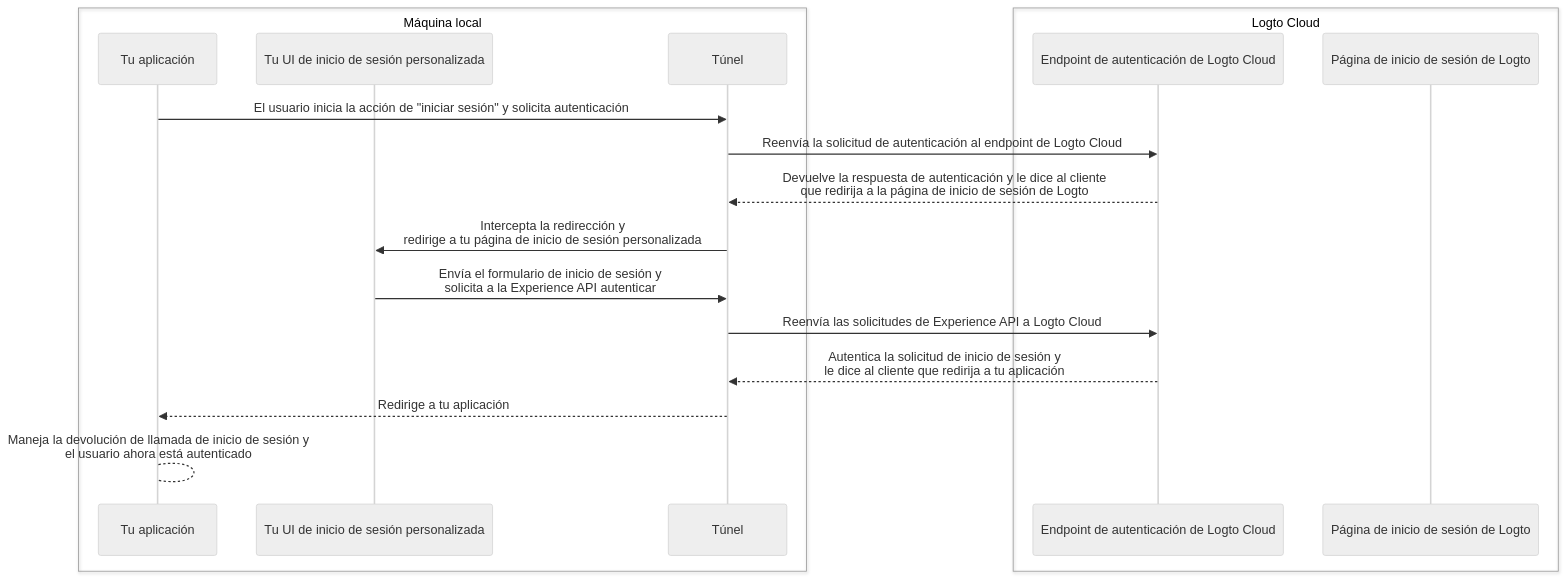
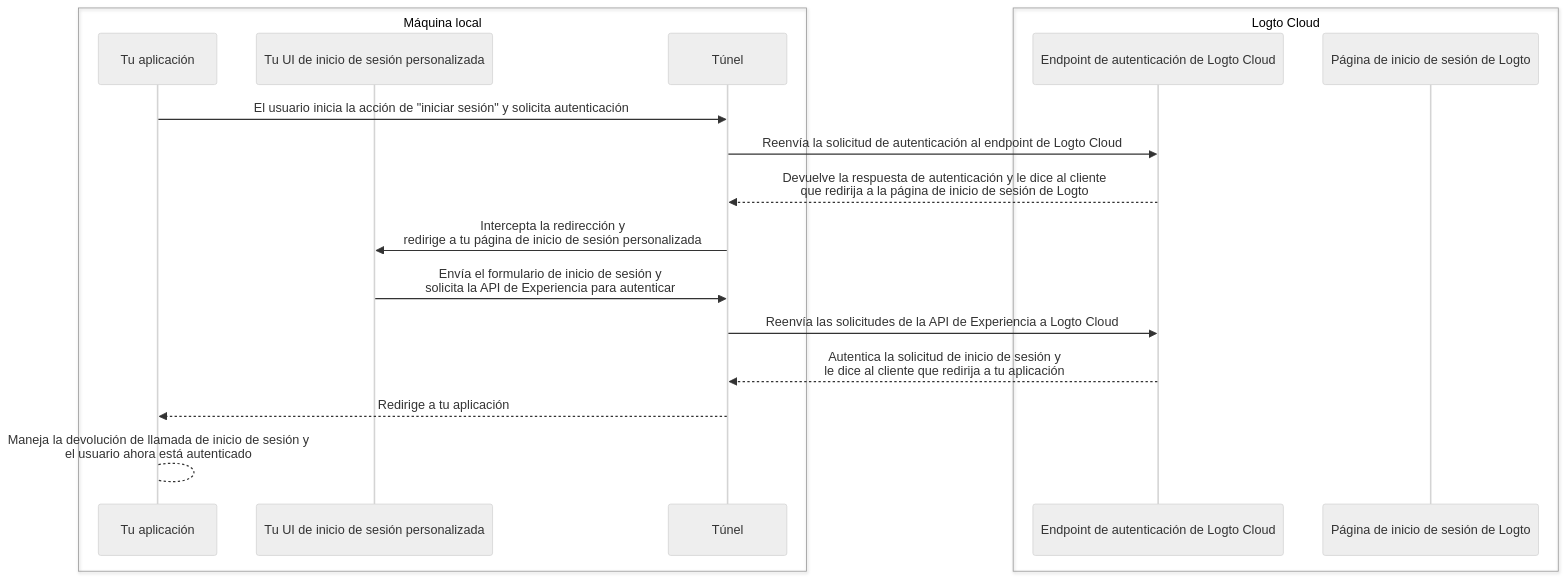
Before and after one commit to logto-io/docs: the second of 2 diagrams in i18n/es/docusaurus-plugin-content-docs/current/customization/bring-your-ui/debug-and-test-your-custom-ui-locally.mdx, drawn with Mermaid (neutral theme). The commit also changed other lines of this file and 428 other files, not shown here.

````diff
--- a/i18n/es/docusaurus-plugin-content-docs/current/customization/bring-your-ui/debug-and-test-your-custom-ui-locally.mdx
+++ b/i18n/es/docusaurus-plugin-content-docs/current/customization/bring-your-ui/debug-and-test-your-custom-ui-locally.mdx
@@ -44,21 +42,21 @@
 ```mermaid
 sequenceDiagram
     box Máquina local
     participant A as Tu aplicación
     participant B as Tu UI de inicio de sesión personalizada
     participant C as Túnel
     end
     box Logto Cloud
     participant D as Endpoint de autenticación de Logto Cloud
     participant E as Página de inicio de sesión de Logto
     end
     A ->> C: El usuario inicia la acción de "iniciar sesión" y solicita autenticación
     C ->> D: Reenvía la solicitud de autenticación al endpoint de Logto Cloud
     D -->> C: Devuelve la respuesta de autenticación y le dice al cliente<br/>que redirija a la página de inicio de sesión de Logto
     C ->> B: Intercepta la redirección y<br/>redirige a tu página de inicio de sesión personalizada
-    B ->> C: Envía el formulario de inicio de sesión y<br/>solicita a la Experience API autenticar
-    C ->> D: Reenvía las solicitudes de Experience API a Logto Cloud
+    B ->> C: Envía el formulario de inicio de sesión y<br/>solicita la API de Experiencia para autenticar
+    C ->> D: Reenvía las solicitudes de la API de Experiencia a Logto Cloud
     D -->> C: Autentica la solicitud de inicio de sesión y<br/>le dice al cliente que redirija a tu aplicación
     C -->> A: Redirige a tu aplicación
     A --> A: Maneja la devolución de llamada de inicio de sesión y<br/>el usuario ahora está autenticado
 ```
````
